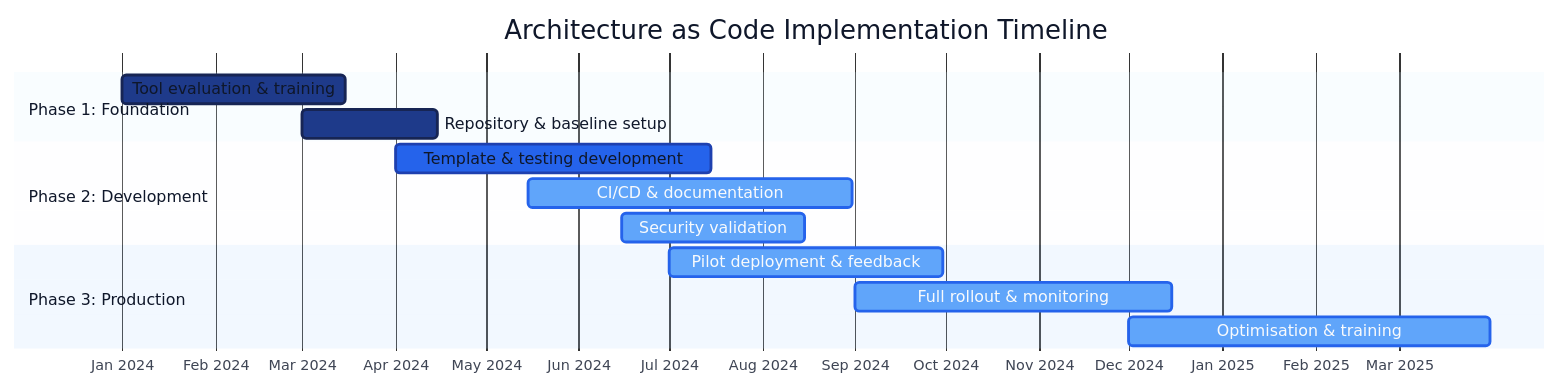
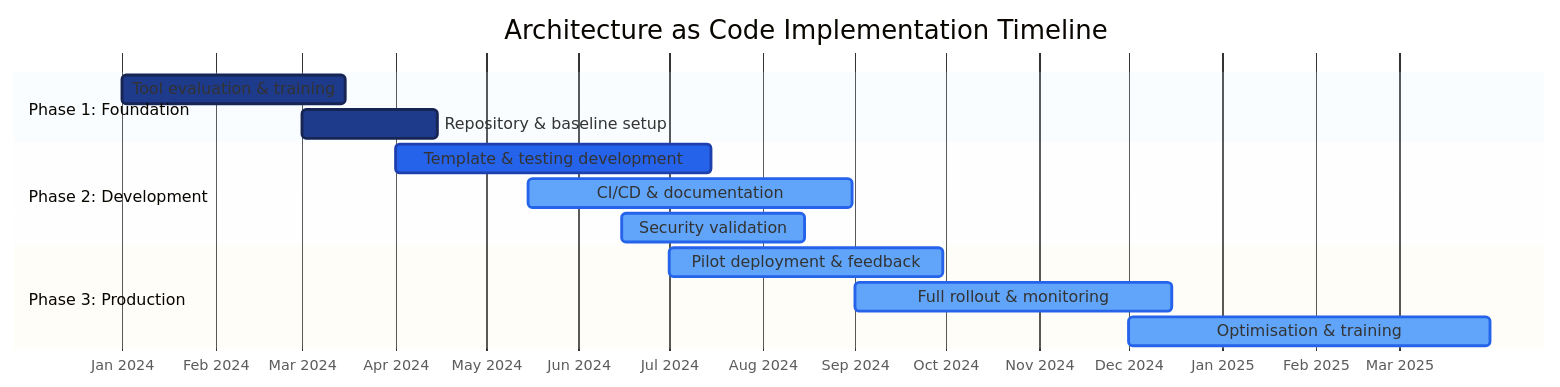
The diagram in docs/images/diagram_05_gantt_timeline.mmd (Geonitab/architecture_as_code), drawn with Mermaid before and after one commit. The commit also changed 7 other files, not shown here.

```diff
--- a/docs/images/diagram_05_gantt_timeline.mmd
+++ b/docs/images/diagram_05_gantt_timeline.mmd
@@ -1,19 +1,19 @@
-%%{init: {'theme':'base', 'themeVariables': {'primaryColor':'#1E3A8A','primaryTextColor':'#F8FAFC','primaryBorderColor':'#172554','secondaryColor':'#2563EB','tertiaryColor':'#3B82F6','background':'#F8FAFF','mainBkg':'#E0F2FE','secondBkg':'#BFDBFE','lineColor':'#1E3A8A','border1':'#172554','border2':'#1E40AF','arrowheadColor':'#1E3A8A','fontFamily':'Inter, sans-serif','fontSize':'16px','labelTextColor':'#0F172A','textColor':'#0F172A','titleColor':'#0F172A','taskTextColor':'#0F172A','taskTextOutsideColor':'#0F172A','taskTextLightColor':'#F8FAFC','taskTextColor':'#F8FAFC','taskTextDarkColor':'#0F172A','gridColor':'#CBD5E1','doneTaskBkgColor':'#1E3A8A','doneTaskBorderColor':'#172554','activeTaskBkgColor':'#2563EB','activeTaskBorderColor':'#1E40AF','todayLineColor':'#DC2626','critBkgColor':'#DC2626','critBorderColor':'#991B1B','sectionBkgColor':'#E0F2FE','altSectionBkgColor':'#F8FAFF','sectionBkgColor2':'#BFDBFE','taskBkgColor':'#60A5FA','taskBorderColor':'#2563EB'}}}%%
+%%{init: {'theme':'base', 'themeVariables': {'fontFamily':'Inter, sans-serif','fontSize':'16px','gridColor':'#CBD5E1','todayLineColor':'#DC2626','critBkgColor':'#DC2626','critBorderColor':'#991B1B','sectionBkgColor':'#E0F2FE','altSectionBkgColor':'#F8FAFF','taskBkgColor':'#60A5FA','taskBorderColor':'#2563EB','doneTaskBkgColor':'#1E3A8A','doneTaskBorderColor':'#172554','activeTaskBkgColor':'#2563EB','activeTaskBorderColor':'#1E40AF'}}}%%
 gantt
     title Architecture as Code Implementation Timeline
     dateFormat YYYY-MM-DD
     axisFormat %b %Y
 
     section Phase 1: Foundation
     Tool evaluation & training           :done, eval, 2024-01-01, 2024-03-15
     Repository & baseline setup          :done, repo, 2024-03-01, 2024-04-15
 
     section Phase 2: Development
     Template & testing development       :active, dev, 2024-04-01, 2024-07-15
     CI/CD & documentation                :cicd, 2024-05-15, 2024-08-31
     Security validation                  :security, 2024-06-15, 2024-08-15
 
     section Phase 3: Production
     Pilot deployment & feedback          :pilot, 2024-07-01, 2024-09-30
     Full rollout & monitoring            :rollout, 2024-09-01, 2024-12-15
     Optimisation & training              :optimise, 2024-12-01, 2025-03-31
```
